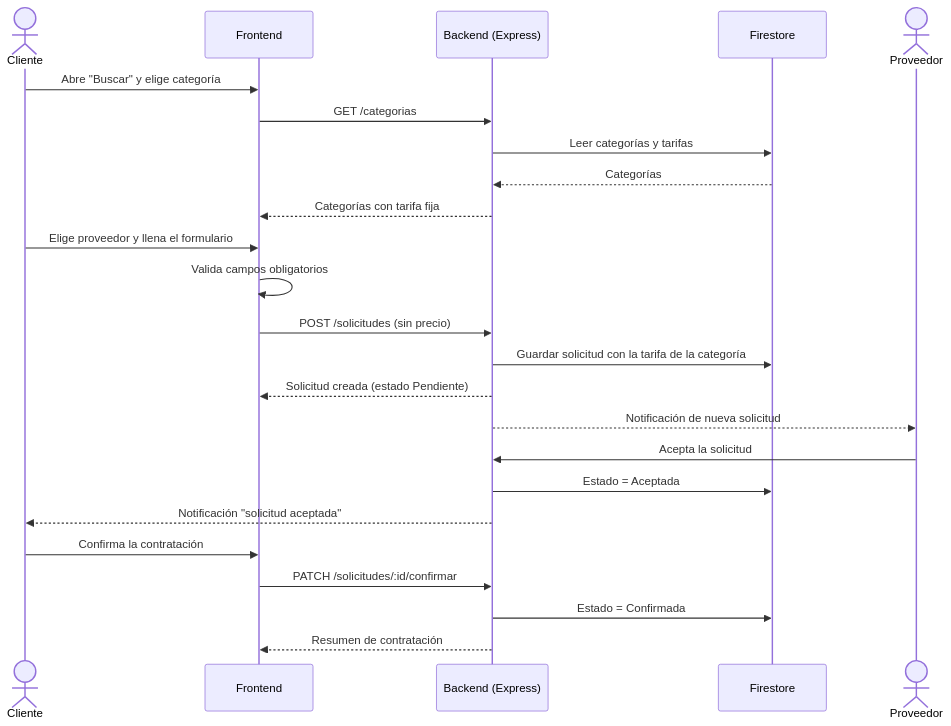
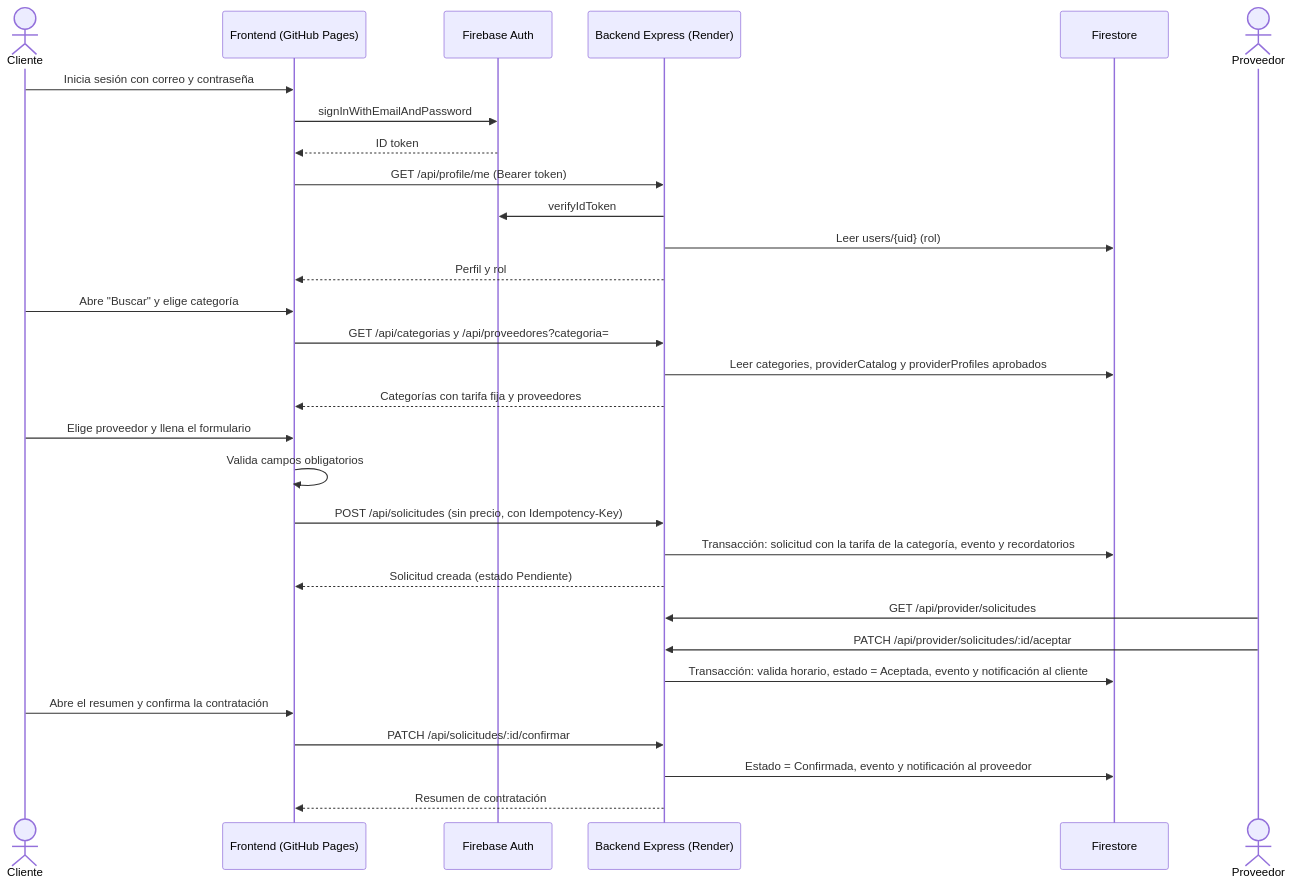
One commit to Tecnologias-2026-2/HogarFix changed the second of 5 diagrams in README.md. Above: the diagram before and after it, drawn with Mermaid. The commit also changed other lines of this file and 1 other file, not shown here.

First line of the commit message:
Actualizar README y backend/README con el estado real de Dev

````diff
--- a/README.md
+++ b/README.md
@@ -120,27 +122,33 @@
 ```mermaid
 sequenceDiagram
   actor C as Cliente
-  participant F as Frontend
-  participant B as Backend (Express)
+  participant F as Frontend (GitHub Pages)
+  participant A as Firebase Auth
+  participant B as Backend Express (Render)
   participant DB as Firestore
   actor P as Proveedor
 
+  C->>F: Inicia sesión con correo y contraseña
+  F->>A: signInWithEmailAndPassword
+  A-->>F: ID token
+  F->>B: GET /api/profile/me (Bearer token)
+  B->>A: verifyIdToken
+  B->>DB: Leer users/{uid} (rol)
+  B-->>F: Perfil y rol
   C->>F: Abre "Buscar" y elige categoría
-  F->>B: GET /categorias
-  B->>DB: Leer categorías y tarifas
-  DB-->>B: Categorías
-  B-->>F: Categorías con tarifa fija
+  F->>B: GET /api/categorias y /api/proveedores?categoria=
+  B->>DB: Leer categories, providerCatalog y providerProfiles aprobados
+  B-->>F: Categorías con tarifa fija y proveedores
   C->>F: Elige proveedor y llena el formulario
   F->>F: Valida campos obligatorios
-  F->>B: POST /solicitudes (sin precio)
-  B->>DB: Guardar solicitud con la tarifa de la categoría
+  F->>B: POST /api/solicitudes (sin precio, con Idempotency-Key)
+  B->>DB: Transacción: solicitud con la tarifa de la categoría, evento y recordatorios
   B-->>F: Solicitud creada (estado Pendiente)
-  B-->>P: Notificación de nueva solicitud
-  P->>B: Acepta la solicitud
-  B->>DB: Estado = Aceptada
-  B-->>C: Notificación "solicitud aceptada"
-  C->>F: Confirma la contratación
-  F->>B: PATCH /solicitudes/:id/confirmar
-  B->>DB: Estado = Confirmada
+  P->>B: GET /api/provider/solicitudes
+  P->>B: PATCH /api/provider/solicitudes/:id/aceptar
+  B->>DB: Transacción: valida horario, estado = Aceptada, evento y notificación al cliente
+  C->>F: Abre el resumen y confirma la contratación
+  F->>B: PATCH /api/solicitudes/:id/confirmar
+  B->>DB: Estado = Confirmada, evento y notificación al proveedor
   B-->>F: Resumen de contratación
 ```
````
